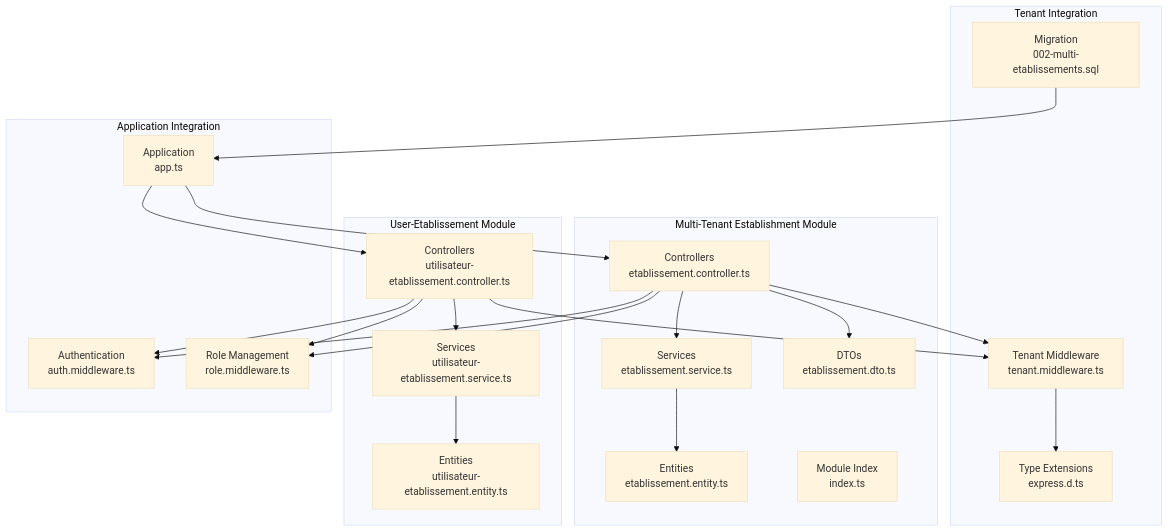
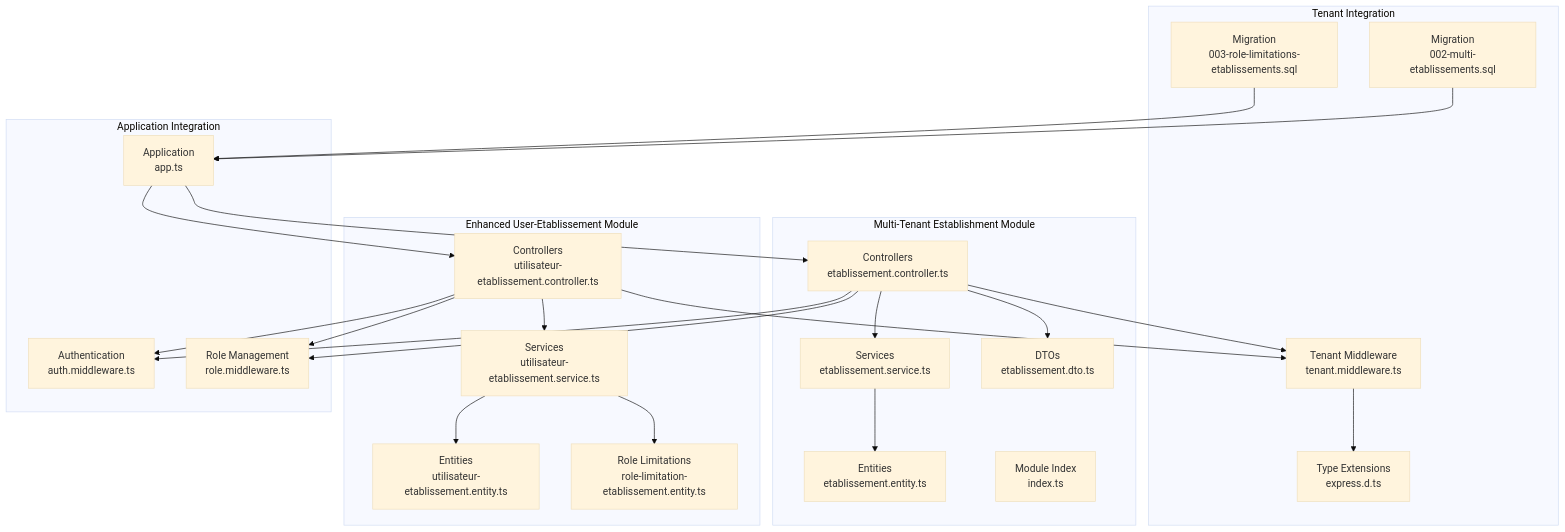
Before and after one commit to franckylab/eLISAschool: the fifth of 18 diagrams in .qoder/repowiki/en/content/Modules & Features/Administrative Modules/Establishment Management.md, drawn with Mermaid (base theme). The commit also changed other lines of this file and 67 other files, not shown here.

````diff
--- a/.qoder/repowiki/en/content/Modules & Features/Administrative Modules/Establishment Management.md
+++ b/.qoder/repowiki/en/content/Modules & Features/Administrative Modules/Establishment Management.md
@@ -147,40 +262,44 @@
 ```mermaid
 graph TB
 subgraph "Multi-Tenant Establishment Module"
 Controllers["Controllers<br/>etablissement.controller.ts"]
 Services["Services<br/>etablissement.service.ts"]
 Entities["Entities<br/>etablissement.entity.ts"]
 DTOs["DTOs<br/>etablissement.dto.ts"]
 Index["Module Index<br/>index.ts"]
 end
-subgraph "User-Etablissement Module"
+subgraph "Enhanced User-Etablissement Module"
 UEControllers["Controllers<br/>utilisateur-etablissement.controller.ts"]
 UEServices["Services<br/>utilisateur-etablissement.service.ts"]
 UEEntities["Entities<br/>utilisateur-etablissement.entity.ts"]
+RoleLimitations["Role Limitations<br/>role-limitation-etablissement.entity.ts"]
 end
 subgraph "Tenant Integration"
 TenantMW["Tenant Middleware<br/>tenant.middleware.ts"]
 Types["Type Extensions<br/>express.d.ts"]
-Migration["Migration<br/>002-multi-etablissements.sql"]
+Migration2["Migration<br/>002-multi-etablissements.sql"]
+Migration3["Migration<br/>003-role-limitations-etablissements.sql"]
 end
 subgraph "Application Integration"
 App["Application<br/>app.ts"]
 Auth["Authentication<br/>auth.middleware.ts"]
 Roles["Role Management<br/>role.middleware.ts"]
 end
 Controllers --> Services
 Services --> Entities
 Controllers --> DTOs
 UEControllers --> UEServices
 UEServices --> UEEntities
+UEServices --> RoleLimitations
 Controllers --> TenantMW
 UEControllers --> TenantMW
 TenantMW --> Types
 App --> Controllers
 App --> UEControllers
 Controllers --> Auth
 UEControllers --> Auth
 Controllers --> Roles
 UEControllers --> Roles
-Migration --> App
+Migration2 --> App
+Migration3 --> App
 ```
````
